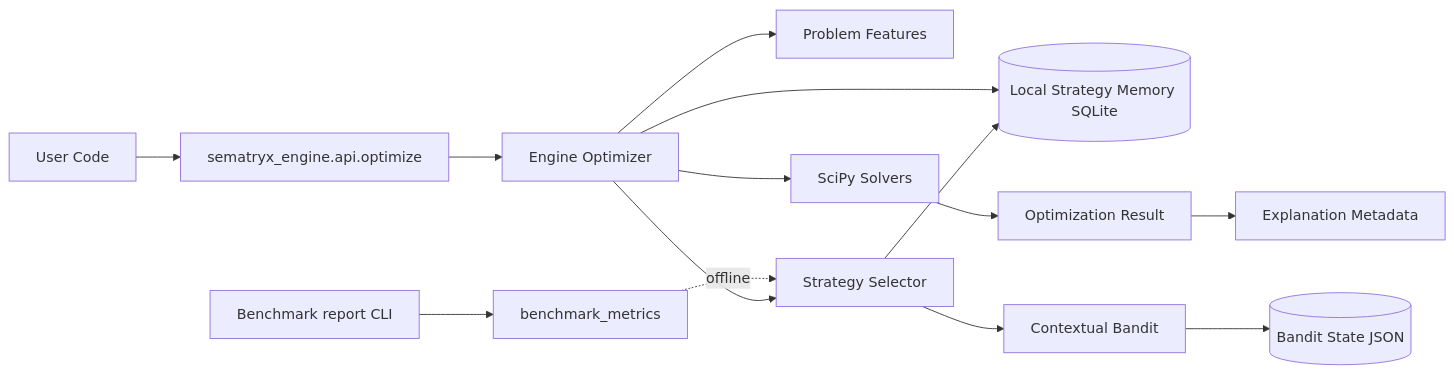
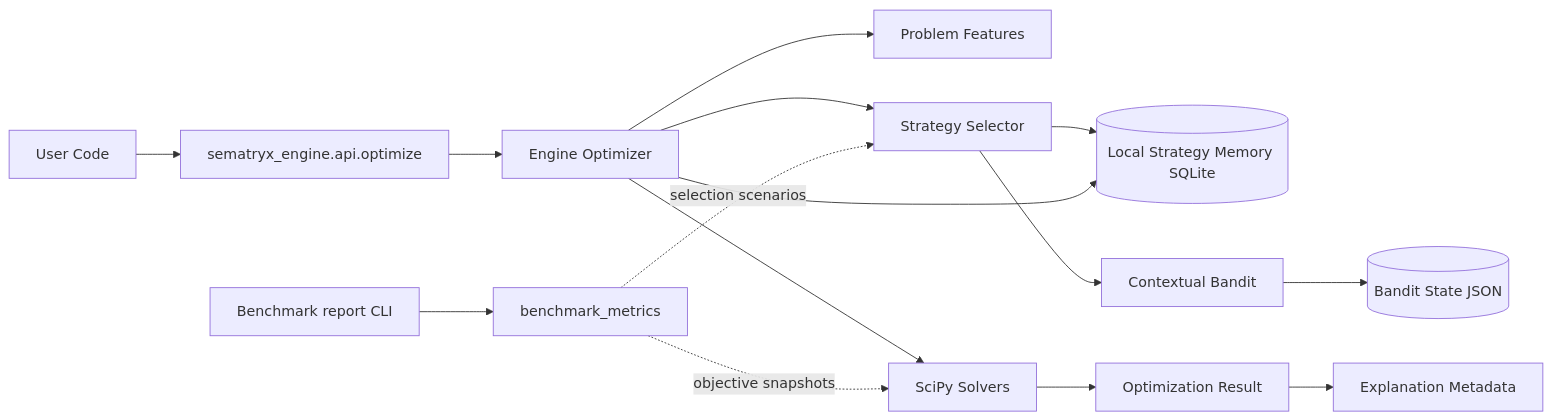
Before and after one commit to sematryx/sematryx-engine: the diagram in docs/architecture/SYSTEM_OVERVIEW.md, drawn with Mermaid. The commit also changed other lines of this file and 12 other files, not shown here.

````diff
--- a/docs/architecture/SYSTEM_OVERVIEW.md
+++ b/docs/architecture/SYSTEM_OVERVIEW.md
@@ -3,16 +3,17 @@
 ```mermaid
 flowchart LR
     U[User Code] --> API[sematryx_engine.api.optimize]
     API --> OPT[Engine Optimizer]
     OPT --> FEAT[Problem Features]
     OPT --> SEL[Strategy Selector]
     SEL --> MEM[(Local Strategy Memory SQLite)]
     SEL --> BANDIT[Contextual Bandit]
     BANDIT --> BANDIT_STATE[(Bandit State JSON)]
     OPT --> SOLV[SciPy Solvers]
     SOLV --> RES[Optimization Result]
     OPT --> MEM
     RES --> EXP[Explanation Metadata]
     GEN[Benchmark report CLI] --> BMET[benchmark_metrics]
-    BMET -. offline .-> SEL
+    BMET -. selection scenarios .-> SEL
+    BMET -. objective snapshots .-> SOLV
 ```
````
